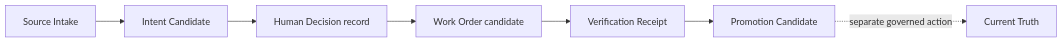
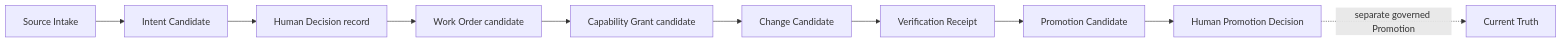
One commit to Kotodama-Project/Kotodama-project changed the diagram in docs/STARTER-WALKTHROUGH.md. Above: the diagram before and after it, drawn with Mermaid. The commit also changed other lines of this file and 19 other files, not shown here.

Commit message:
Separate capability and promotion decisions

````diff
--- a/docs/STARTER-WALKTHROUGH.md
+++ b/docs/STARTER-WALKTHROUGH.md
@@ -39,9 +39,12 @@
 ```mermaid
 flowchart LR
   S["Source Intake"] --> I["Intent Candidate"]
   I --> D["Human Decision record"]
   D --> W["Work Order candidate"]
-  W --> V["Verification Receipt"]
+  W --> G["Capability Grant candidate"]
+  G --> X["Change Candidate"]
+  X --> V["Verification Receipt"]
   V --> P["Promotion Candidate"]
-  P -. "separate governed action" .-> C["Current Truth"]
+  P --> H["Human Promotion Decision"]
+  H -. "separate governed Promotion" .-> C["Current Truth"]
 ```
````
